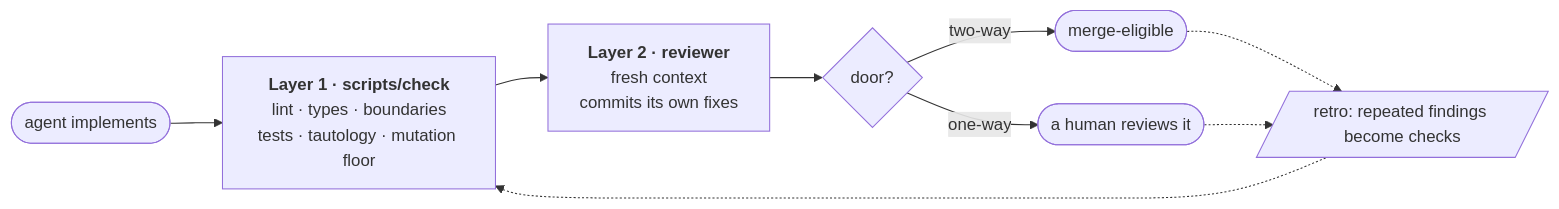
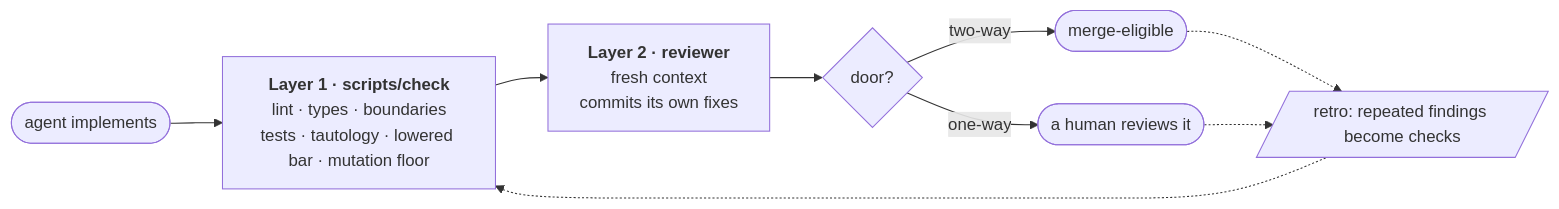
One commit to GreyforgeLabs/slopbrake changed the diagram in README.md. Above: the diagram before and after it, drawn with Mermaid. The commit also changed other lines of this file and 11 other files, not shown here.

````diff
--- a/README.md
+++ b/README.md
@@ -32,11 +32,11 @@
 ```mermaid
 flowchart LR
-    A([agent implements]) --> L1["<b>Layer 1 · scripts/check</b><br/>lint · types · boundaries<br/>tests · tautology · mutation floor"]
+    A([agent implements]) --> L1["<b>Layer 1 · scripts/check</b><br/>lint · types · boundaries<br/>tests · tautology · lowered bar · mutation floor"]
     L1 --> L2["<b>Layer 2 · reviewer</b><br/>fresh context<br/>commits its own fixes"]
     L2 --> D{door?}
     D -- two-way --> M([merge-eligible])
     D -- one-way --> H([a human reviews it])
     M -.-> R[/"retro: repeated findings become checks"/]
     H -.-> R
     R -.-> L1
 ```
````
